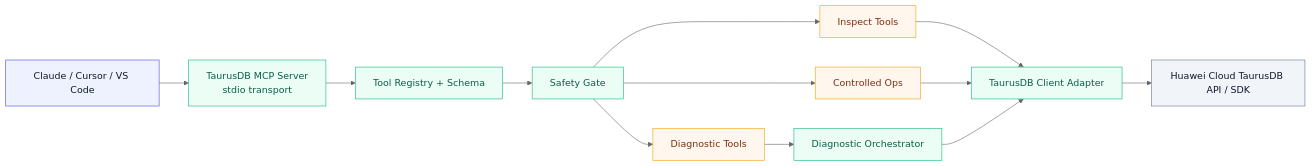
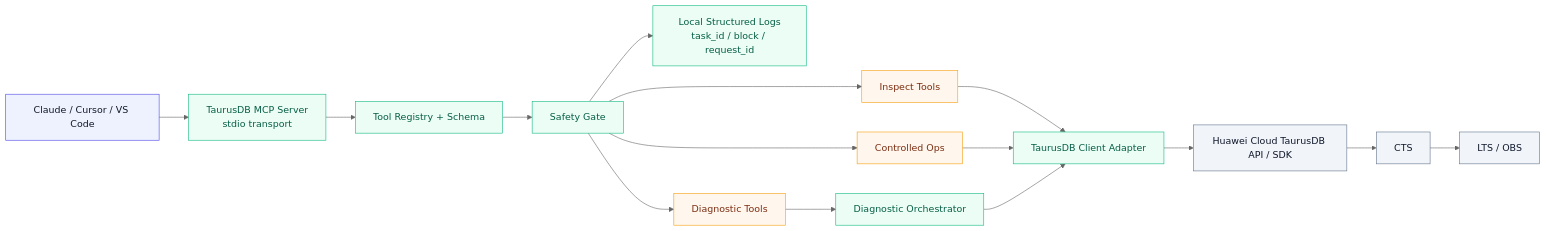
One commit to youweichen0208/blog changed the diagram in docs/projects/taurus-mcp-server/requirements.md. Above: the diagram before and after it, drawn with Mermaid (neutral theme). The commit also changed other lines of this file and 1 other file, not shown here.

````diff
--- a/docs/projects/taurus-mcp-server/requirements.md
+++ b/docs/projects/taurus-mcp-server/requirements.md
@@ -156,19 +171,22 @@
 ```mermaid
 flowchart LR
   classDef client fill:#EEF2FF,stroke:#4F46E5,color:#111827;
   classDef core fill:#ECFDF5,stroke:#10B981,color:#065F46;
   classDef tool fill:#FFF7ED,stroke:#F59E0B,color:#7C2D12;
   classDef cloud fill:#F1F5F9,stroke:#64748B,color:#0F172A;
 
   C["Claude / Cursor / VS Code"]:::client --> S["TaurusDB MCP Server<br/>stdio transport"]:::core
   S --> R["Tool Registry + Schema"]:::core
   R --> G["Safety Gate"]:::core
+  G --> L["Local Structured Logs<br/>task_id / block / request_id"]:::core
   G --> T1["Inspect Tools"]:::tool
   G --> T2["Diagnostic Tools"]:::tool
   G --> T3["Controlled Ops"]:::tool
   T1 --> A["TaurusDB Client Adapter"]:::core
   T2 --> D["Diagnostic Orchestrator"]:::core
   T3 --> A
   D --> A
   A --> H["Huawei Cloud TaurusDB API / SDK"]:::cloud
+  H --> CTS["CTS"]:::cloud
+  CTS --> X["LTS / OBS"]:::cloud
 ```
````
